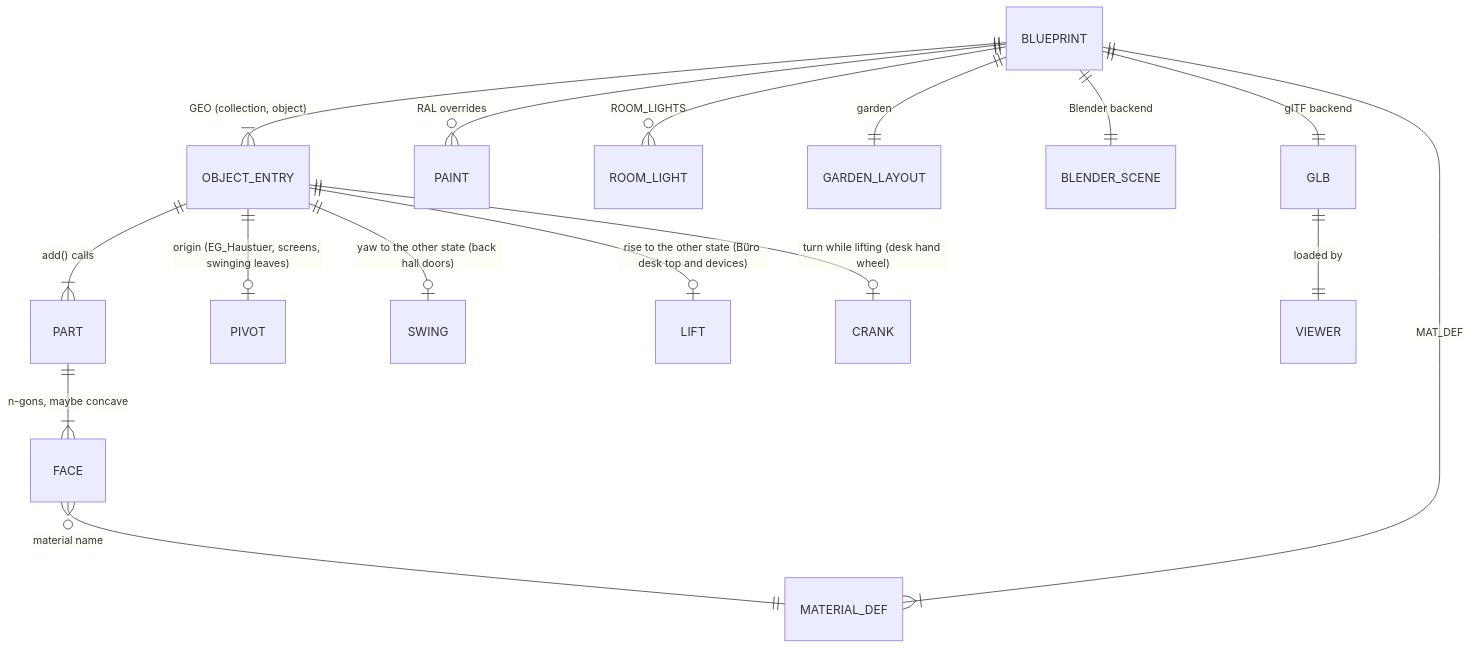
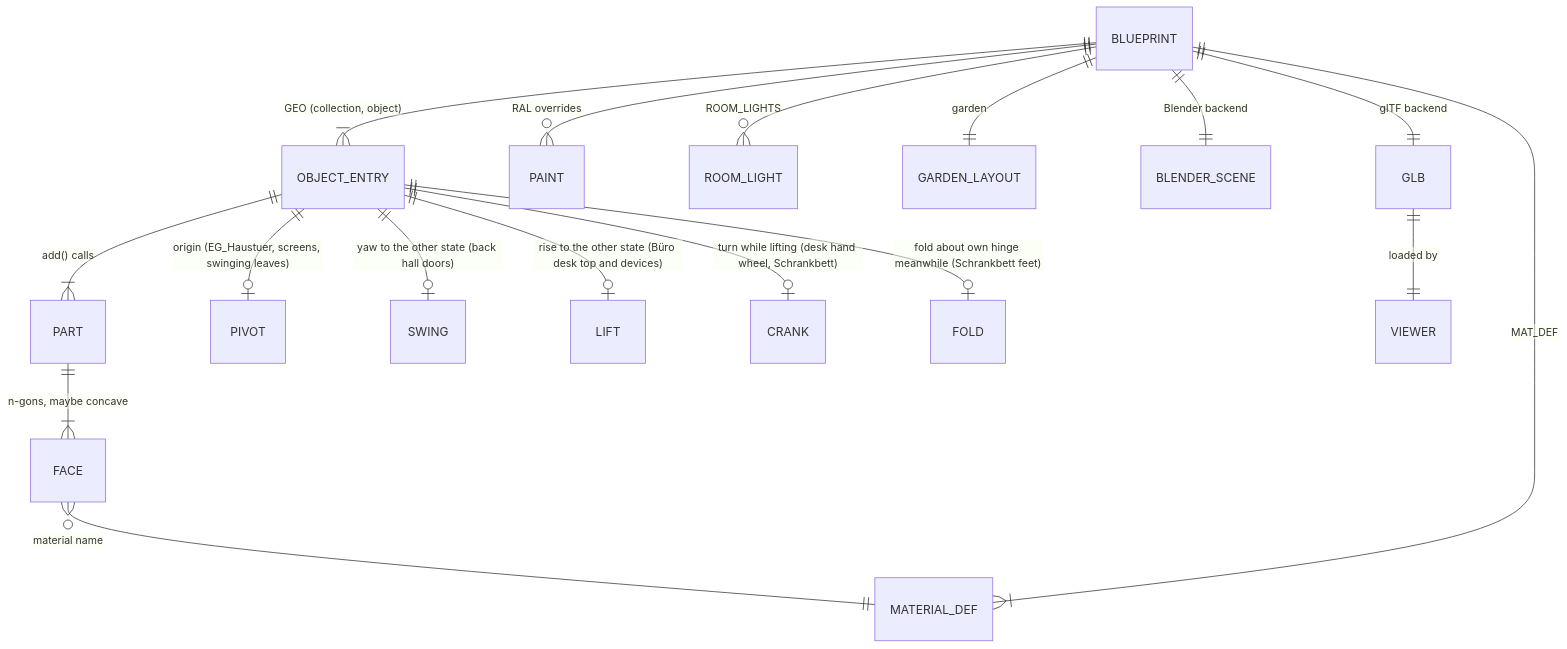
One commit to tillg/frechen_blender changed the second of 5 diagrams in specs/system/domain.md. Above: the diagram before and after it, drawn with Mermaid. The commit also changed other lines of this file and 4 other files, not shown here.

Commit message:
Schrankbett (#7) in specs/system: sub-model, Schrankbett terms, FOLD, ADR-001 module list

````diff
--- a/specs/system/domain.md
+++ b/specs/system/domain.md
@@ -121,18 +122,19 @@
 ```mermaid
 erDiagram
     BLUEPRINT ||--|{ OBJECT_ENTRY : "GEO (collection, object)"
     OBJECT_ENTRY ||--|{ PART : "add() calls"
     PART ||--|{ FACE : "n-gons, maybe concave"
     FACE }o--|| MATERIAL_DEF : "material name"
     BLUEPRINT ||--|{ MATERIAL_DEF : MAT_DEF
     BLUEPRINT ||--o{ PAINT : "RAL overrides"
     BLUEPRINT ||--o{ ROOM_LIGHT : ROOM_LIGHTS
     BLUEPRINT ||--|| GARDEN_LAYOUT : garden
     OBJECT_ENTRY ||--o| PIVOT : "origin (EG_Haustuer, screens, swinging leaves)"
     OBJECT_ENTRY ||--o| SWING : "yaw to the other state (back hall doors)"
     OBJECT_ENTRY ||--o| LIFT : "rise to the other state (Büro desk top and devices)"
-    OBJECT_ENTRY ||--o| CRANK : "turn while lifting (desk hand wheel)"
+    OBJECT_ENTRY ||--o| CRANK : "turn while lifting (desk hand wheel, Schrankbett)"
+    OBJECT_ENTRY ||--o| FOLD : "fold about own hinge meanwhile (Schrankbett feet)"
     BLUEPRINT ||--|| BLENDER_SCENE : "Blender backend"
     BLUEPRINT ||--|| GLB : "glTF backend"
     GLB ||--|| VIEWER : "loaded by"
 ```
````
